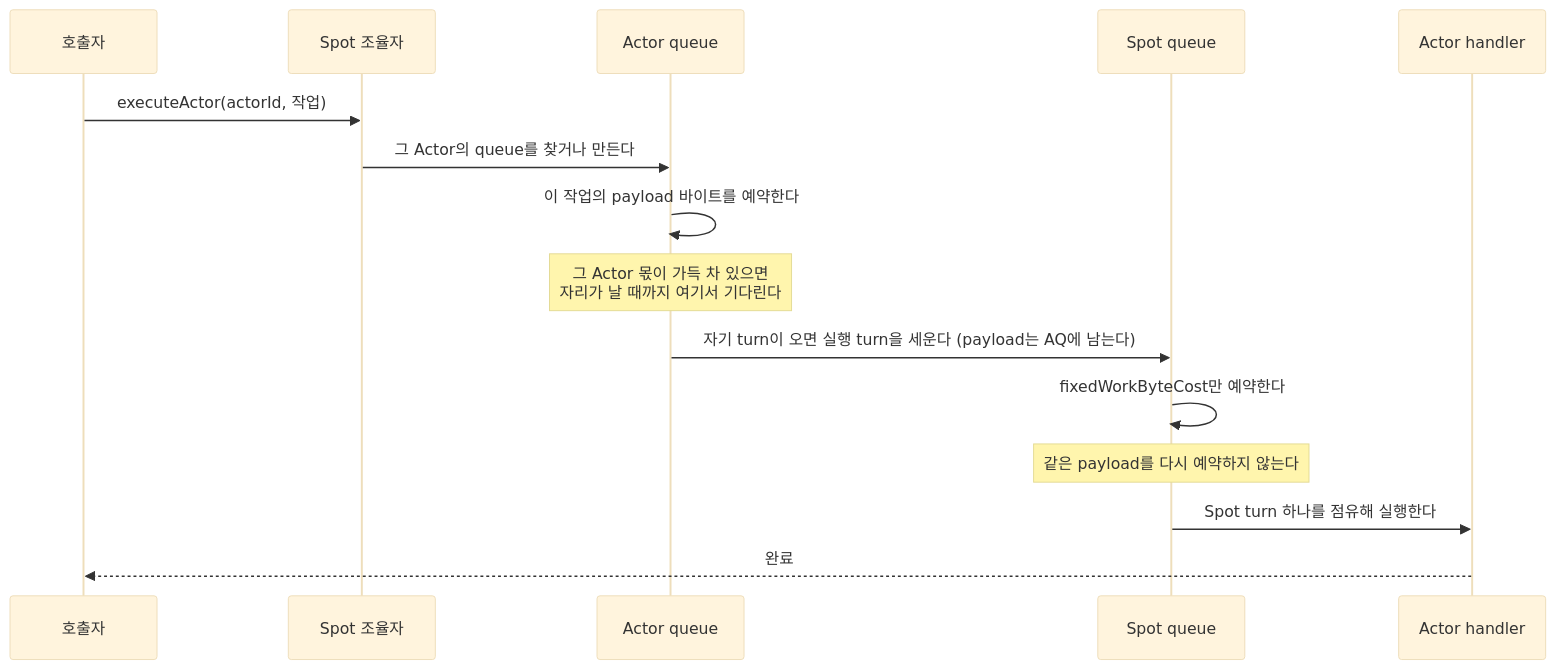
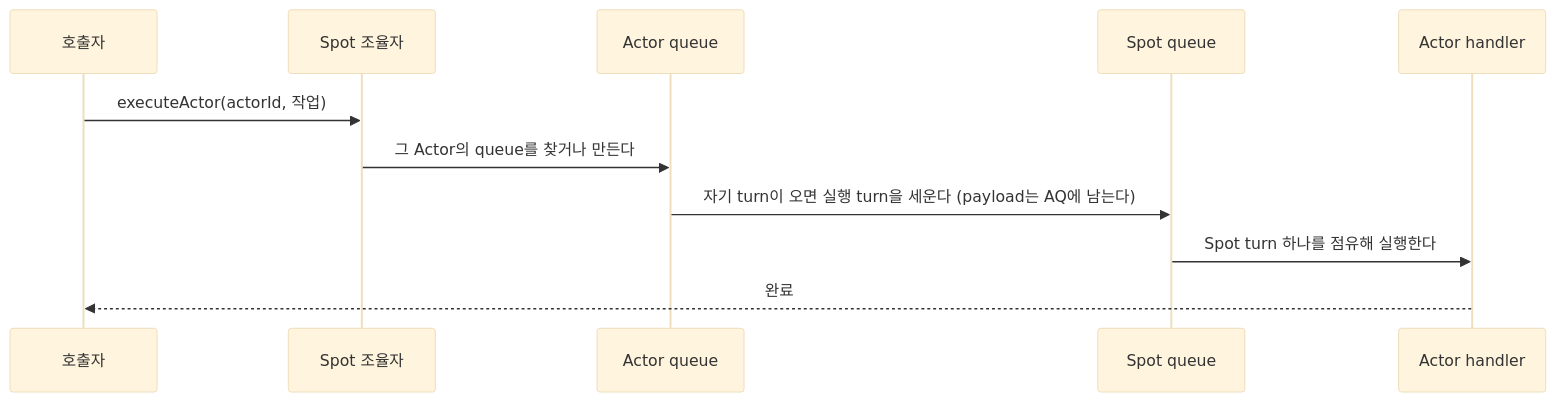
One commit to zlink-systems/zlink changed the diagram in framework/doc/framework/common/spec/server/01-execution/07-serial-executor-layers.ko.md. Above: the diagram before and after it, drawn with Mermaid (base theme). The commit also changed other lines of this file and 17 other files, not shown here.

````diff
--- a/framework/doc/framework/common/spec/server/01-execution/07-serial-executor-layers.ko.md
+++ b/framework/doc/framework/common/spec/server/01-execution/07-serial-executor-layers.ko.md
@@ -181,18 +181,14 @@
 ```mermaid
 sequenceDiagram
     participant Caller as 호출자
     participant Coord as Spot 조율자
     participant AQ as Actor queue
     participant SQ as Spot queue
     participant H as Actor handler
 
     Caller->>Coord: executeActor(actorId, 작업)
     Coord->>AQ: 그 Actor의 queue를 찾거나 만든다
-    AQ->>AQ: 이 작업의 payload 바이트를 예약한다
-    Note over AQ: 그 Actor 몫이 가득 차 있으면<br/>자리가 날 때까지 여기서 기다린다
     AQ->>SQ: 자기 turn이 오면 실행 turn을 세운다 (payload는 AQ에 남는다)
-    SQ->>SQ: fixedWorkByteCost만 예약한다
-    Note over SQ: 같은 payload를 다시 예약하지 않는다
     SQ->>H: Spot turn 하나를 점유해 실행한다
     H-->>Caller: 완료
 ```
````
